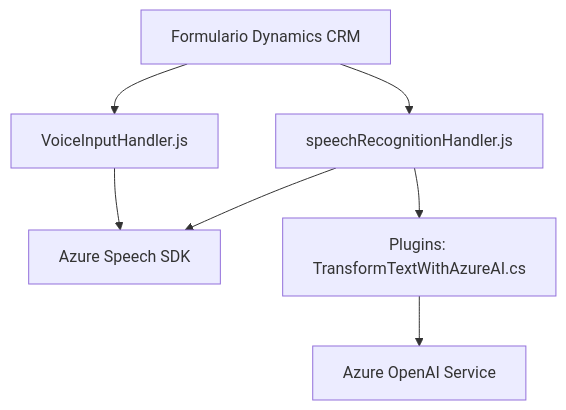
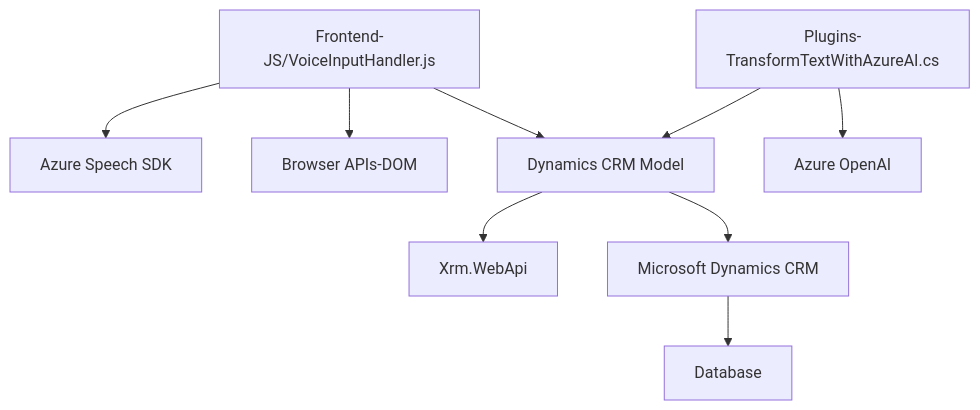
The diagram in README.md (blopezdm/NETCORE_BILBAO2025), drawn with Mermaid before and after one commit. The commit also changed other lines of this file, not shown here.

````diff
--- a/README.md
+++ b/README.md
@@ -56,16 +49,11 @@
 ```mermaid
 graph TD
-    A["Formulario Dynamics CRM"]
-    B["VoiceInputHandler.js"]
-    C["speechRecognitionHandler.js"]
-    D["Azure Speech SDK"]
-    E["Plugins: TransformTextWithAzureAI.cs"]
-    F["Azure OpenAI Service"]
-
-    A --> B
-    A --> C
-    B --> D
-    C --> D
-    C --> E
-    E --> F
+    A["Frontend-JS/VoiceInputHandler.js"] --> B["Azure Speech SDK"]
+    A --> C["Browser APIs-DOM"]
+    D["Plugins-TransformTextWithAzureAI.cs"] --> E["Dynamics CRM Model"]
+    D --> F["Azure OpenAI"]
+    E --> G["Xrm.WebApi"]
+    A --> E
+    E --> H["Microsoft Dynamics CRM"]
+    H --> I["Database"]
 ```
````
